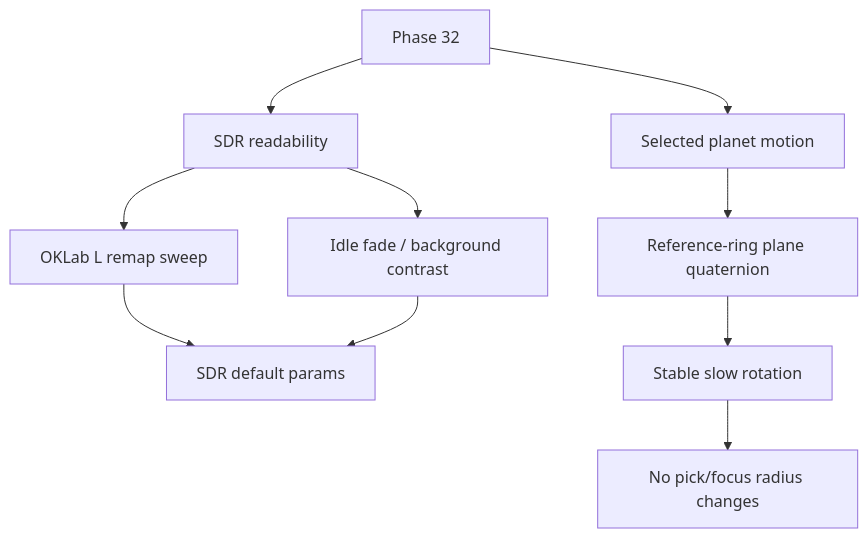
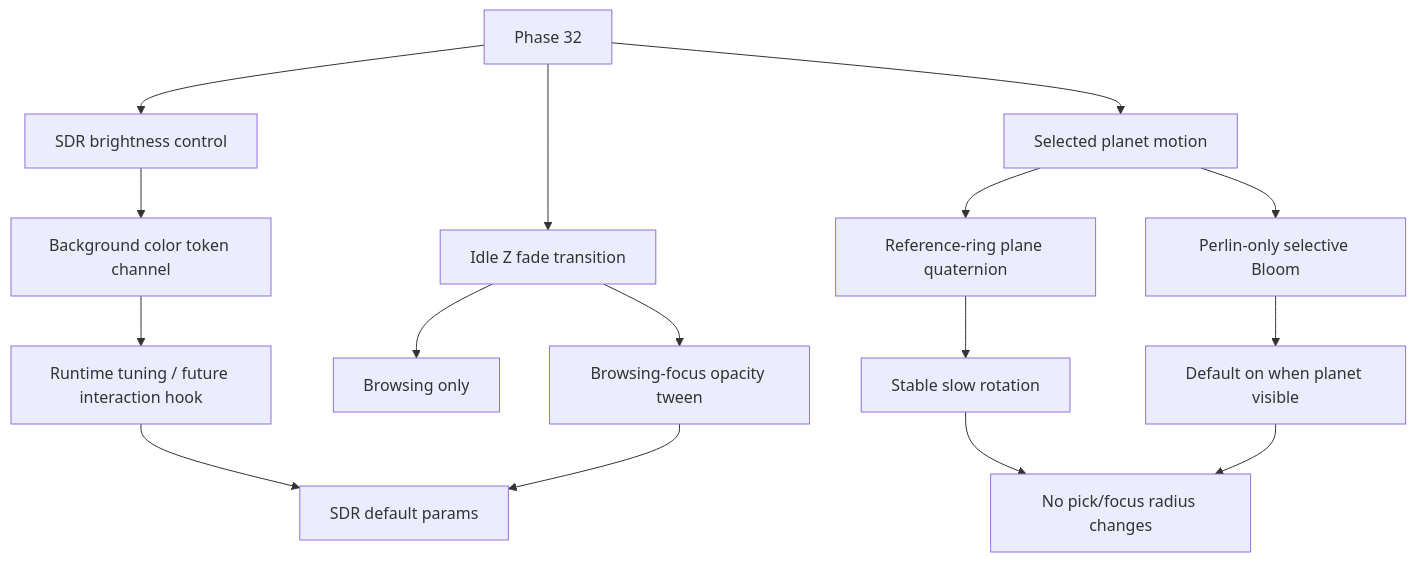
Before and after one commit to XYBuilds/chronicle_v3_3d_galaxy: the diagram in .cursor/plans/phase_32_sdr_readability_motion.plan.md, drawn with Mermaid. The commit also changed other lines of this file, not shown here.

Commit message:
Phase 32: update SDR readability motion plan to enhance brightness control, optimize idleZFade transitions, and integrate selective Bloom for selected planets. Adjusted todos for clarity and added runtime modification channels for background color tokens.

````diff
--- a/.cursor/plans/phase_32_sdr_readability_motion.plan.md
+++ b/.cursor/plans/phase_32_sdr_readability_motion.plan.md
@@ -43,12 +47,18 @@
 ```mermaid
 flowchart TD
-  A[Phase 32] --> B[SDR readability]
-  A --> C[Selected planet motion]
-  B --> D[OKLab L remap sweep]
-  B --> E[Idle fade / background contrast]
-  D --> F[SDR default params]
-  E --> F
-  C --> G[Reference-ring plane quaternion]
-  G --> H[Stable slow rotation]
-  H --> I[No pick/focus radius changes]
+  A[Phase 32] --> B[SDR brightness control]
+  A --> C[Idle Z fade transition]
+  A --> D[Selected planet motion]
+  B --> E[Background color token channel]
+  E --> F[Runtime tuning / future interaction hook]
+  C --> G[Browsing only]
+  C --> H[Browsing-focus opacity tween]
+  F --> I[SDR default params]
+  H --> I
+  D --> J[Reference-ring plane quaternion]
+  D --> M[Perlin-only selective Bloom]
+  J --> K[Stable slow rotation]
+  M --> N[Default on when planet visible]
+  K --> L[No pick/focus radius changes]
+  N --> L
 ```
````
